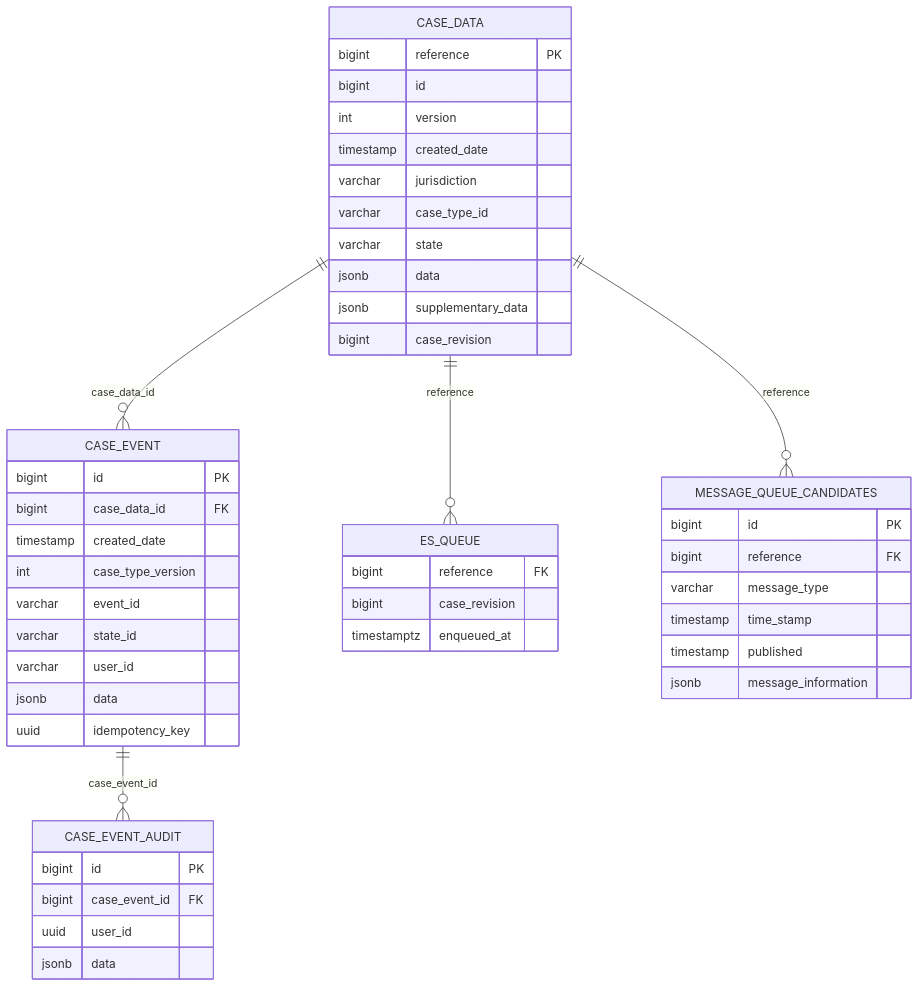
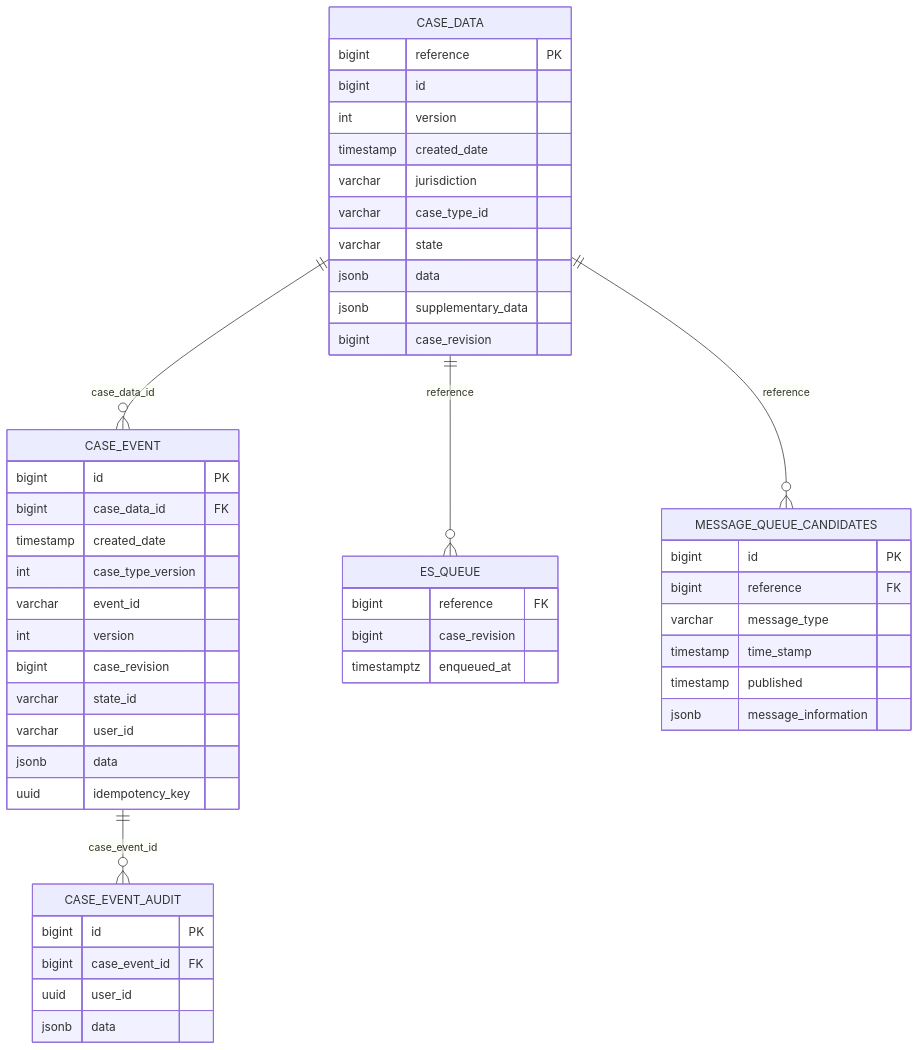
One commit to hmcts/dtsse-ccd-config-generator changed the first of 2 diagrams in docs/decentralised-runtime.md. Above: the diagram before and after it, drawn with Mermaid. The commit also changed other lines of this file and 5 other files, not shown here.

````diff
--- a/docs/decentralised-runtime.md
+++ b/docs/decentralised-runtime.md
@@ -73,50 +73,52 @@
 ```mermaid
 erDiagram
     CASE_DATA {
         bigint reference PK
         bigint id
         int version
         timestamp created_date
         varchar jurisdiction
         varchar case_type_id
         varchar state
         jsonb data
         jsonb supplementary_data
         bigint case_revision
     }
     CASE_EVENT {
         bigint id PK
         bigint case_data_id FK
         timestamp created_date
         int case_type_version
         varchar event_id
+        int version
+        bigint case_revision
         varchar state_id
         varchar user_id
         jsonb data
         uuid idempotency_key
     }
     CASE_EVENT_AUDIT {
         bigint id PK
         bigint case_event_id FK
         uuid user_id
         jsonb data
     }
     ES_QUEUE {
         bigint reference FK
         bigint case_revision
         timestamptz enqueued_at
     }
     MESSAGE_QUEUE_CANDIDATES {
         bigint id PK
         bigint reference FK
         varchar message_type
         timestamp time_stamp
         timestamp published
         jsonb message_information
     }
 
     CASE_DATA ||--o{ CASE_EVENT : "case_data_id"
     CASE_EVENT ||--o{ CASE_EVENT_AUDIT : "case_event_id"
     CASE_DATA ||--o{ ES_QUEUE : "reference"
     CASE_DATA ||--o{ MESSAGE_QUEUE_CANDIDATES : "reference"
 ```
````
